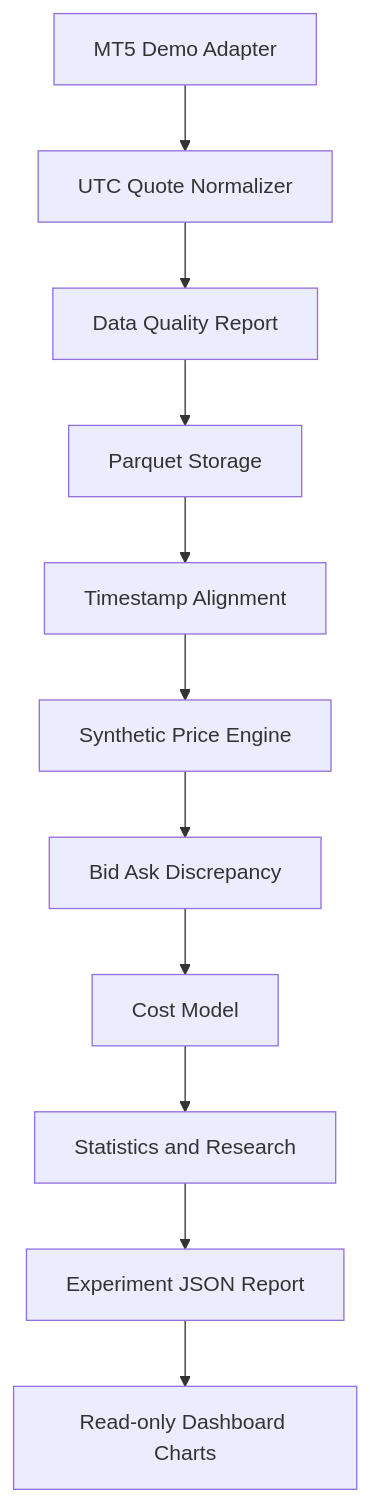
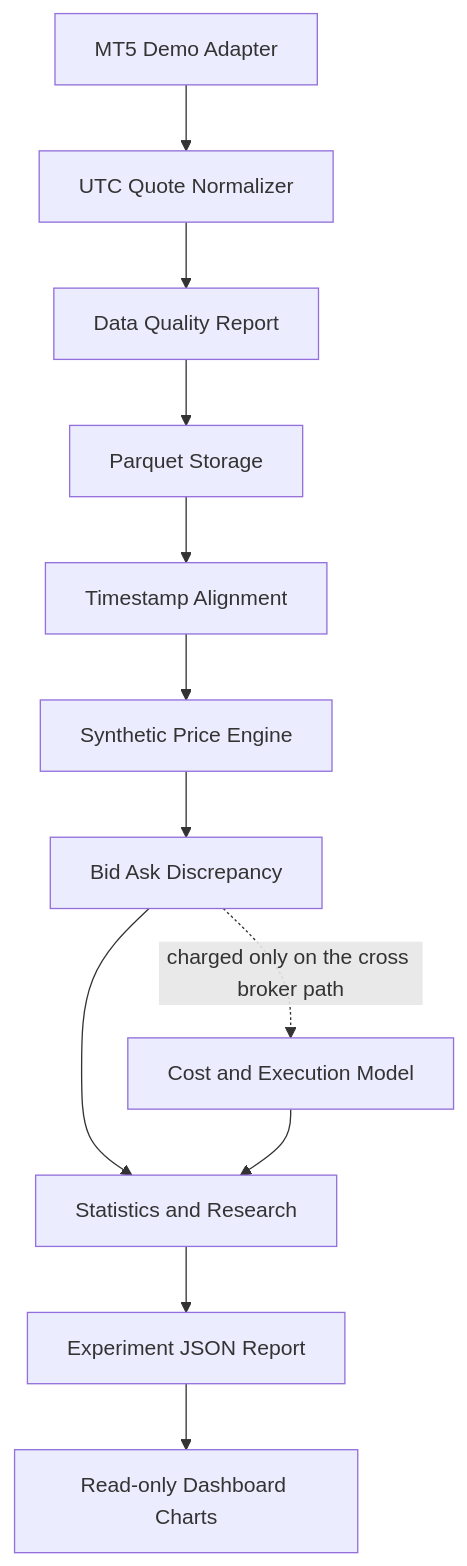
The diagram in docs/architecture/DATA_FLOW.md (ybagheri/market-relationship-discovery), drawn with Mermaid before and after one commit. The commit also changed other lines of this file and 7 other files, not shown here.

````diff
--- a/docs/architecture/DATA_FLOW.md
+++ b/docs/architecture/DATA_FLOW.md
@@ -3,13 +3,14 @@
 ```mermaid
 flowchart TD
     MT5[MT5 Demo Adapter] --> Normalize[UTC Quote Normalizer]
     Normalize --> Quality[Data Quality Report]
     Quality --> Storage[Parquet Storage]
     Storage --> Align[Timestamp Alignment]
     Align --> Synthetic[Synthetic Price Engine]
     Synthetic --> Discrepancy[Bid Ask Discrepancy]
-    Discrepancy --> Costs[Cost Model]
-     Costs --> Research[Statistics and Research]
+    Discrepancy --> Research[Statistics and Research]
+    Discrepancy -.charged only on the cross broker path.-> Costs[Cost and Execution Model]
+    Costs --> Research
      Research --> Report[Experiment JSON Report]
      Report --> Dashboard[Read-only Dashboard Charts]
 ```
````
